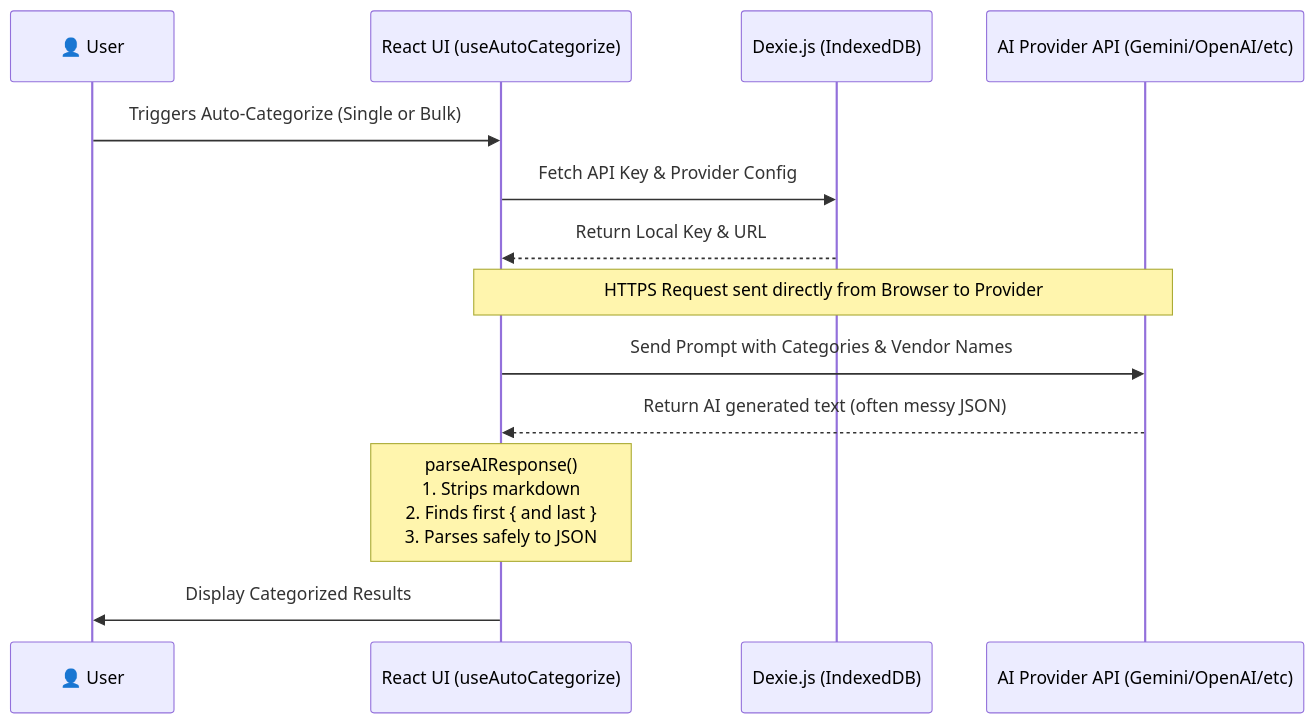
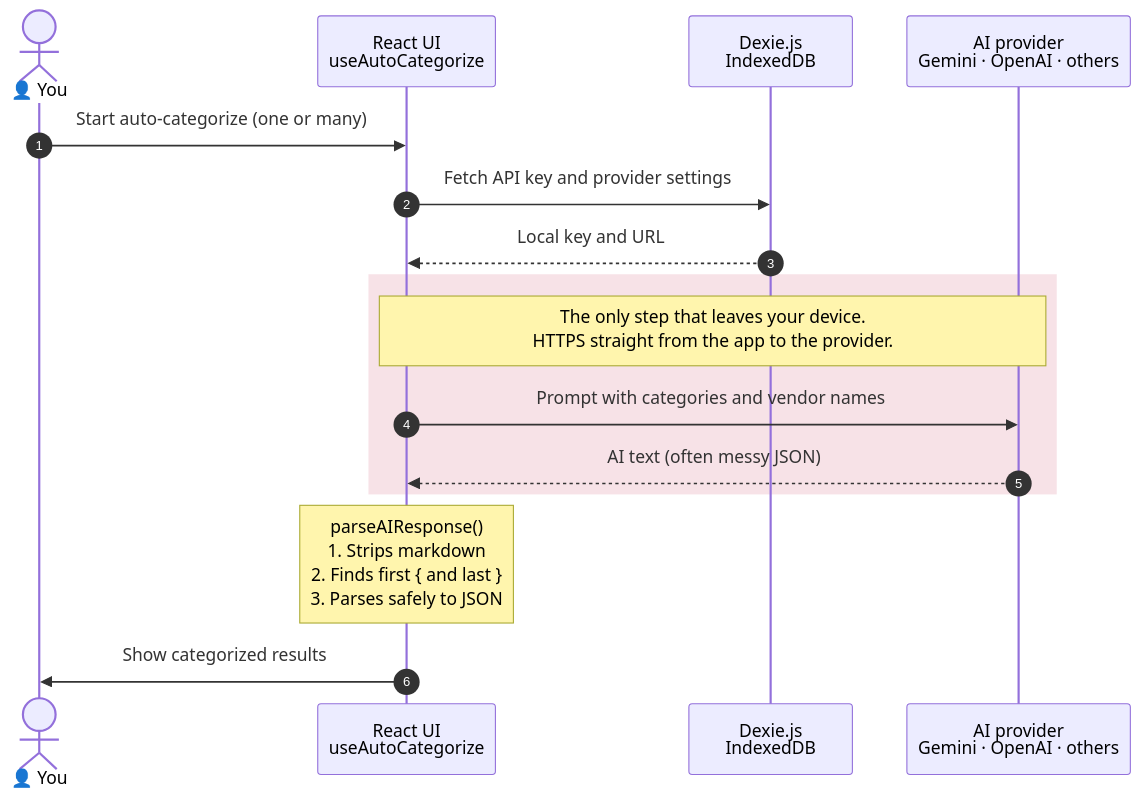
One commit to nrajesh/vaulted.money changed diagram 12 of 12 in documentation/ARCHITECTURE.md. Above: the diagram before and after it, drawn with Mermaid. The commit also changed other lines of this file and 4 other files, not shown here.

First line of the commit message:
Refresh README and architecture docs, add documentation map

````diff
--- a/documentation/ARCHITECTURE.md
+++ b/documentation/ARCHITECTURE.md
@@ -312,18 +421,19 @@
 ```mermaid
 sequenceDiagram
-    participant U as 👤 User
-    participant UI as React UI (useAutoCategorize)
-    participant Dex as Dexie.js (IndexedDB)
-    participant API as AI Provider API (Gemini/OpenAI/etc)
+    autonumber
+    actor U as 👤 You
+    participant UI as React UI<br/>useAutoCategorize
+    participant Dex as Dexie.js<br/>IndexedDB
+    participant API as AI provider<br/>Gemini · OpenAI · others
 
-    U->>UI: Triggers Auto-Categorize (Single or Bulk)
-    UI->>Dex: Fetch API Key & Provider Config
-    Dex-->>UI: Return Local Key & URL
-    Note over UI,API: HTTPS Request sent directly from Browser to Provider
-    UI->>API: Send Prompt with Categories & Vendor Names
-    API-->>UI: Return AI generated text (often messy JSON)
-    
+    U->>UI: Start auto-categorize (one or many)
+    UI->>Dex: Fetch API key and provider settings
+    Dex-->>UI: Local key and URL
+    rect rgba(190, 18, 60, 0.12)
+    Note over UI,API: The only step that leaves your device.<br/>HTTPS straight from the app to the provider.
+    UI->>API: Prompt with categories and vendor names
+    API-->>UI: AI text (often messy JSON)
+    end
     Note over UI: parseAIResponse()<br/>1. Strips markdown<br/>2. Finds first { and last }<br/>3. Parses safely to JSON
-    
-    UI->>U: Display Categorized Results
+    UI->>U: Show categorized results
 ```
````
